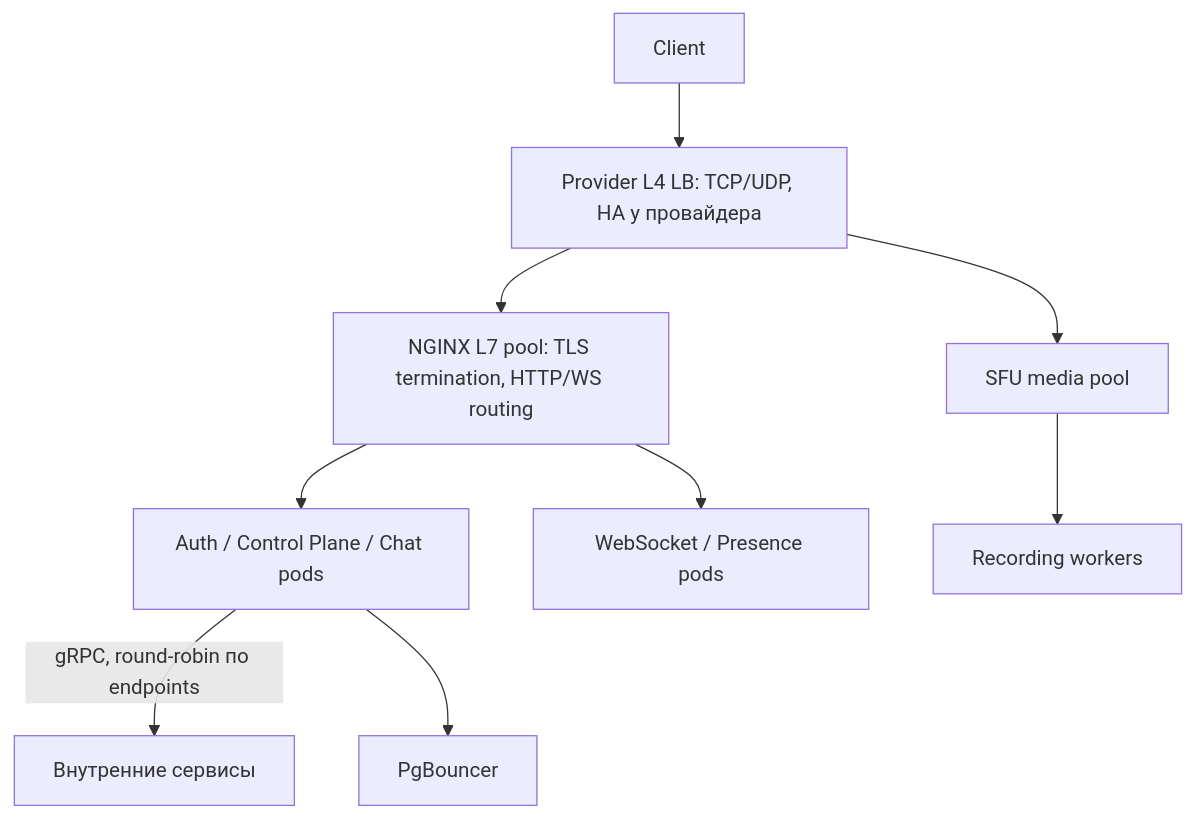
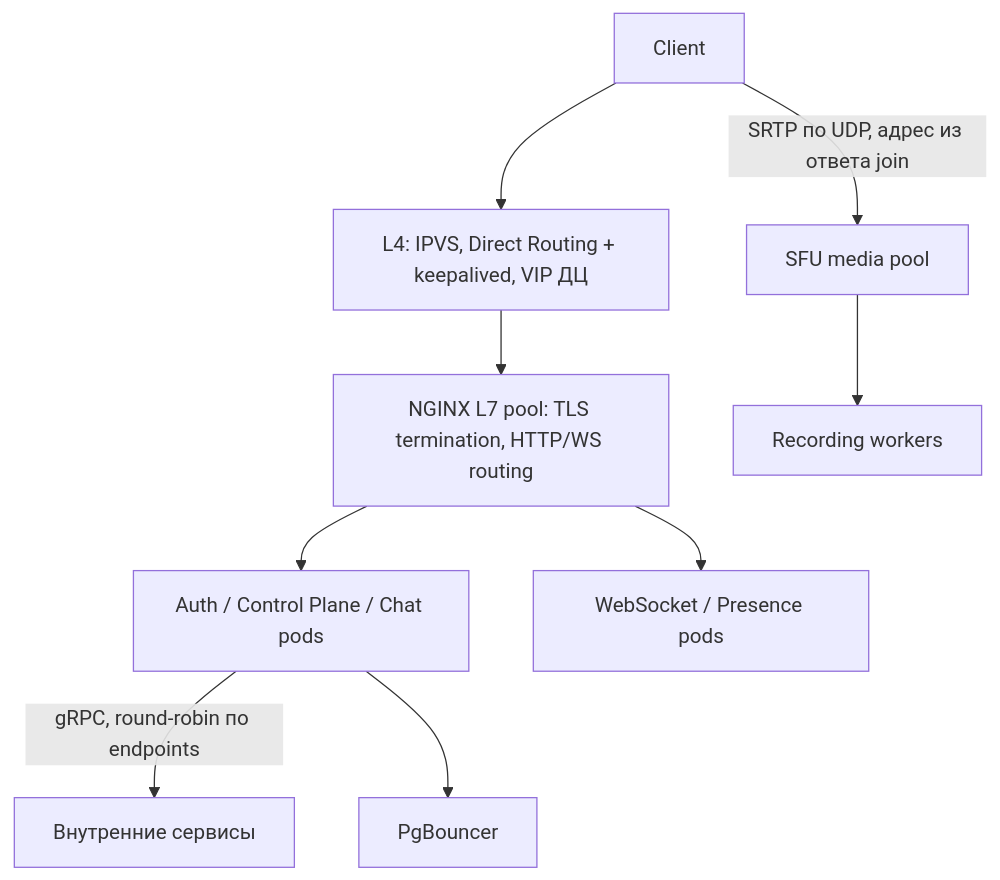
Before and after one commit to Danykrane/system_design: the eighth of 11 diagrams in README.md, drawn with Mermaid. The commit also changed other lines of this file and 7 other files, not shown here.

````diff
--- a/README.md
+++ b/README.md
@@ -647,11 +699,11 @@
 ```mermaid
 flowchart TD
-    U["Client"] --> L4["Provider L4 LB: TCP/UDP, HA у провайдера"]
+    U["Client"] --> L4["L4: IPVS, Direct Routing + keepalived, VIP ДЦ"]
     L4 --> L7["NGINX L7 pool: TLS termination, HTTP/WS routing"]
     L7 --> API["Auth / Control Plane / Chat pods"]
     L7 --> WS["WebSocket / Presence pods"]
     API -->|"gRPC, round-robin по endpoints"| INT["Внутренние сервисы"]
     API --> PGB["PgBouncer"]
-    L4 --> SFU["SFU media pool"]
+    U -->|"SRTP по UDP, адрес из ответа join"| SFU["SFU media pool"]
     SFU --> REC["Recording workers"]
 ```
````
